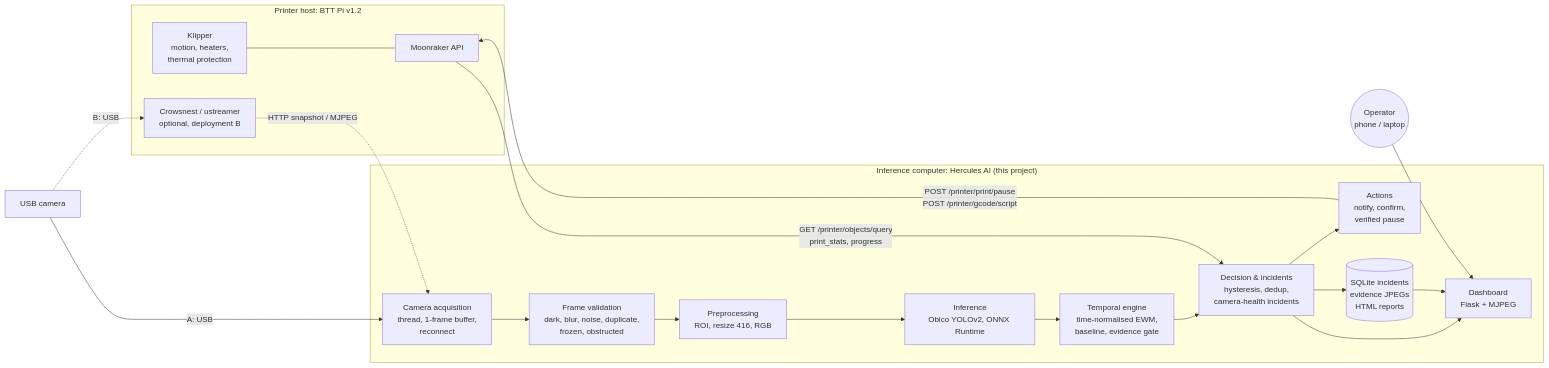
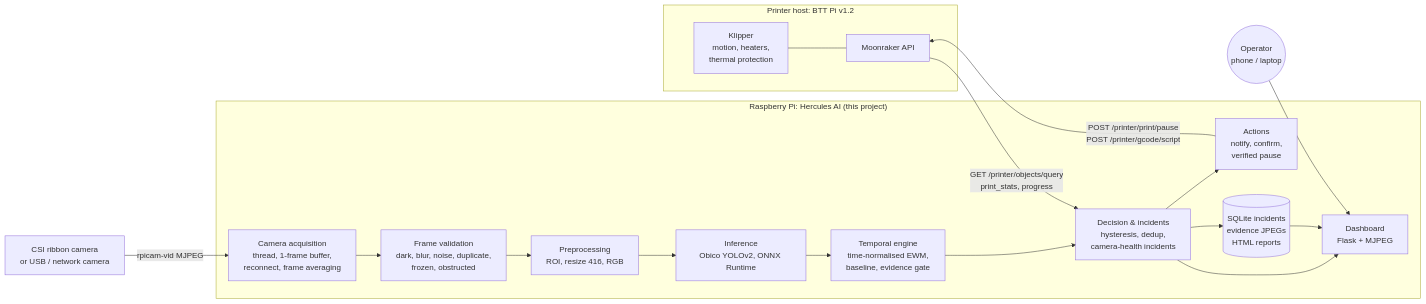
Before and after one commit to pmixay/3d-project: the diagram in ai/docs/ARCHITECTURE.md, drawn with Mermaid. The commit also changed other lines of this file and 20 other files, not shown here.

First line of the commit message:
Raspberry Pi target: CSI camera source, frame averaging, Pi preset and installer

````diff
--- a/ai/docs/ARCHITECTURE.md
+++ b/ai/docs/ARCHITECTURE.md
@@ -5,25 +5,22 @@
 ```mermaid
 flowchart LR
     subgraph Printer["Printer host: BTT Pi v1.2"]
         K[Klipper<br/>motion, heaters,<br/>thermal protection] --- M[Moonraker API]
-        CN[Crowsnest / ustreamer<br/>optional, deployment B]
     end
-    CAM[USB camera] -->|A: USB| ACQ
-    CAM -.->|B: USB| CN
-    CN -.->|HTTP snapshot / MJPEG| ACQ
-    subgraph AI["Inference computer: Hercules AI (this project)"]
-        ACQ[Camera acquisition<br/>thread, 1-frame buffer,<br/>reconnect] --> VAL[Frame validation<br/>dark, blur, noise, duplicate,<br/>frozen, obstructed]
+    CAM[CSI ribbon camera<br/>or USB / network camera] -->|rpicam-vid MJPEG| ACQ
+    subgraph AI["Raspberry Pi: Hercules AI (this project)"]
+        ACQ[Camera acquisition<br/>thread, 1-frame buffer,<br/>reconnect, frame averaging] --> VAL[Frame validation<br/>dark, blur, noise, duplicate,<br/>frozen, obstructed]
         VAL --> PRE[Preprocessing<br/>ROI, resize 416, RGB]
         PRE --> NN[Inference<br/>Obico YOLOv2, ONNX Runtime]
         NN --> TMP[Temporal engine<br/>time-normalised EWM,<br/>baseline, evidence gate]
         TMP --> DEC[Decision &amp; incidents<br/>hysteresis, dedup,<br/>camera-health incidents]
         DEC --> ACT[Actions<br/>notify, confirm,<br/>verified pause]
         DEC --> DB[(SQLite incidents<br/>evidence JPEGs<br/>HTML reports)]
         WEB[Dashboard<br/>Flask + MJPEG]
         DEC --> WEB
         DB --> WEB
     end
     ACT -->|POST /printer/print/pause<br/>POST /printer/gcode/script| M
     M -->|GET /printer/objects/query<br/>print_stats, progress| DEC
     USER((Operator<br/>phone / laptop)) --> WEB
 ```
````
